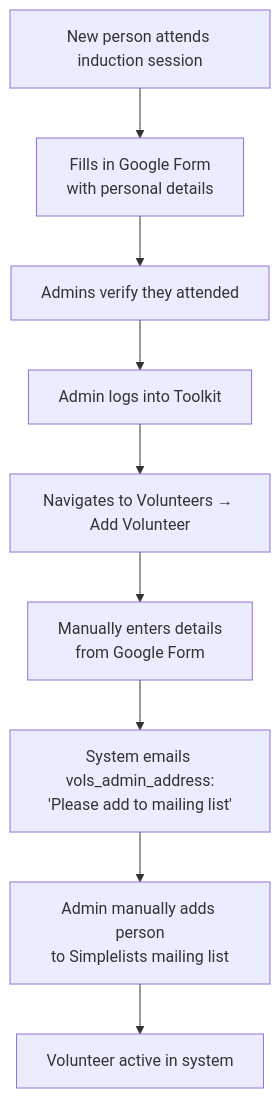
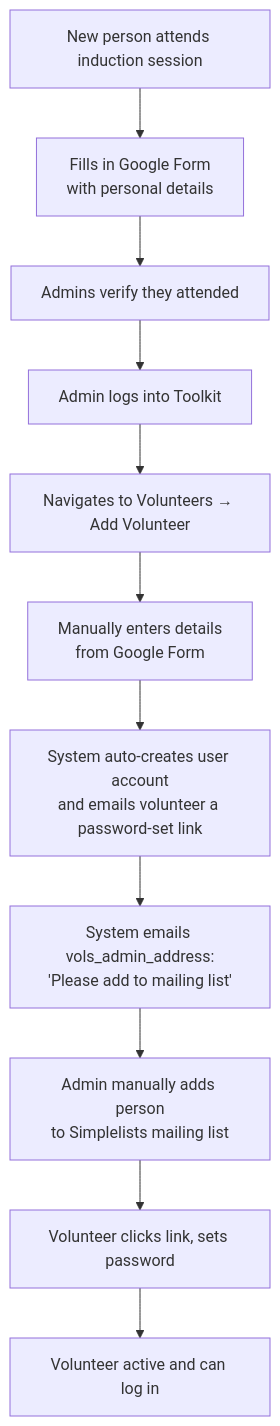
Before and after one commit to jdkram/cubetoolkit: the second of 8 diagrams in docs/SPEC.md, drawn with Mermaid. The commit also changed other lines of this file and 38 other files, not shown here.

````diff
--- a/docs/SPEC.md
+++ b/docs/SPEC.md
@@ -297,11 +297,13 @@
 ```mermaid
 flowchart TD
     A[New person attends induction session] --> B[Fills in Google Form\n with personal details]
     B --> C[Admins verify they attended]
     C --> D[Admin logs into Toolkit]
     D --> E[Navigates to Volunteers → Add Volunteer]
     E --> F[Manually enters details\nfrom Google Form]
-    F --> G[System emails vols_admin_address:\n'Please add to mailing list']
-    G --> H[Admin manually adds person\nto Simplelists mailing list]
-    H --> I[Volunteer active in system]
+    F --> G[System auto-creates user account\nand emails volunteer a password-set link]
+    G --> H[System emails vols_admin_address:\n'Please add to mailing list']
+    H --> I[Admin manually adds person\nto Simplelists mailing list]
+    I --> J[Volunteer clicks link, sets password]
+    J --> K[Volunteer active and can log in]
 ```
````
